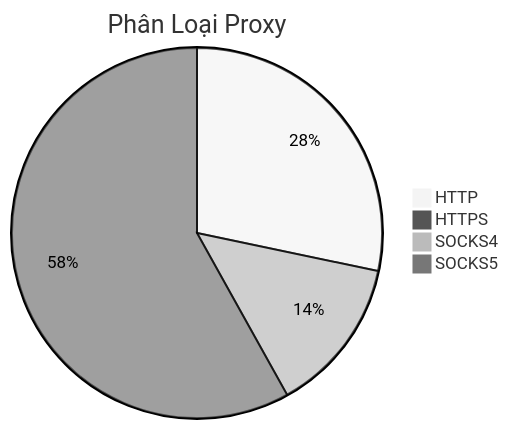
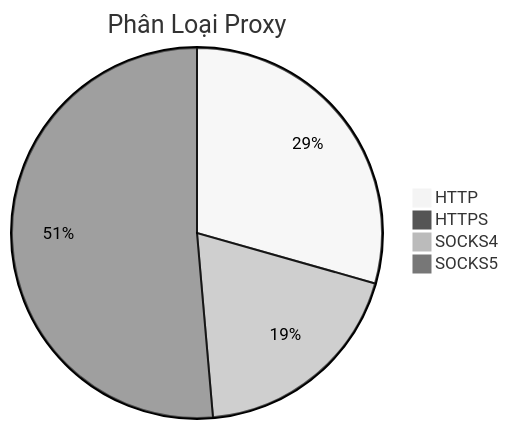
One commit to Ciara-12/PROXY-free changed the diagram in README.md. Above: the diagram before and after it, drawn with Mermaid (neutral theme). The commit also changed other lines of this file and 4 other files, not shown here.

````diff
--- a/README.md
+++ b/README.md
@@ -26,7 +26,7 @@
 ```mermaid
 pie title Phân Loại Proxy
-    "HTTP" : 796
-    "HTTPS" : 2
-    "SOCKS4" : 383
-    "SOCKS5" : 1634
+    "HTTP" : 480
+    "HTTPS" : 1
+    "SOCKS4" : 314
+    "SOCKS5" : 839
 ```
````
